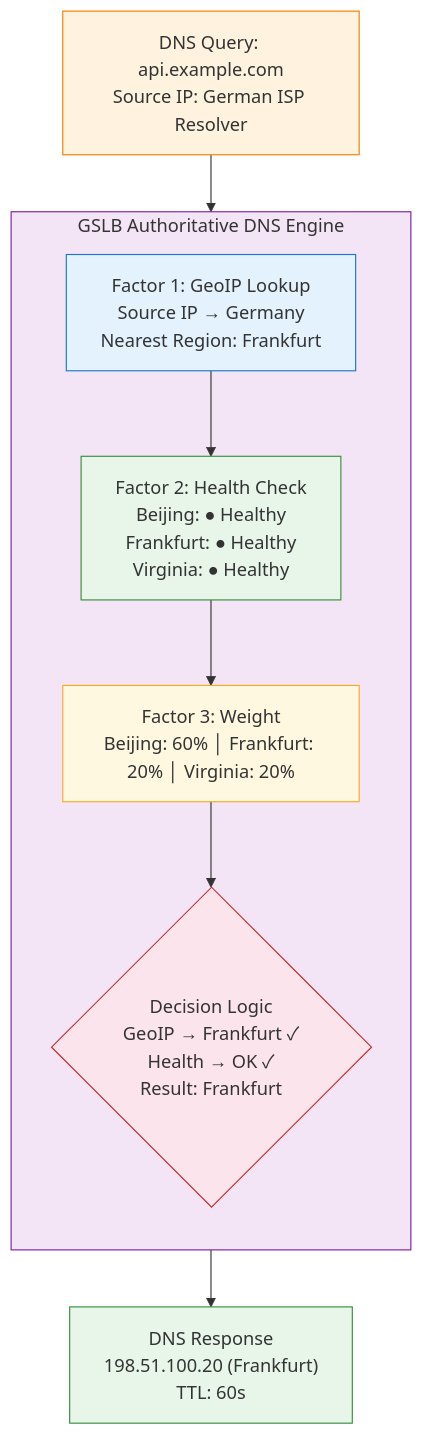
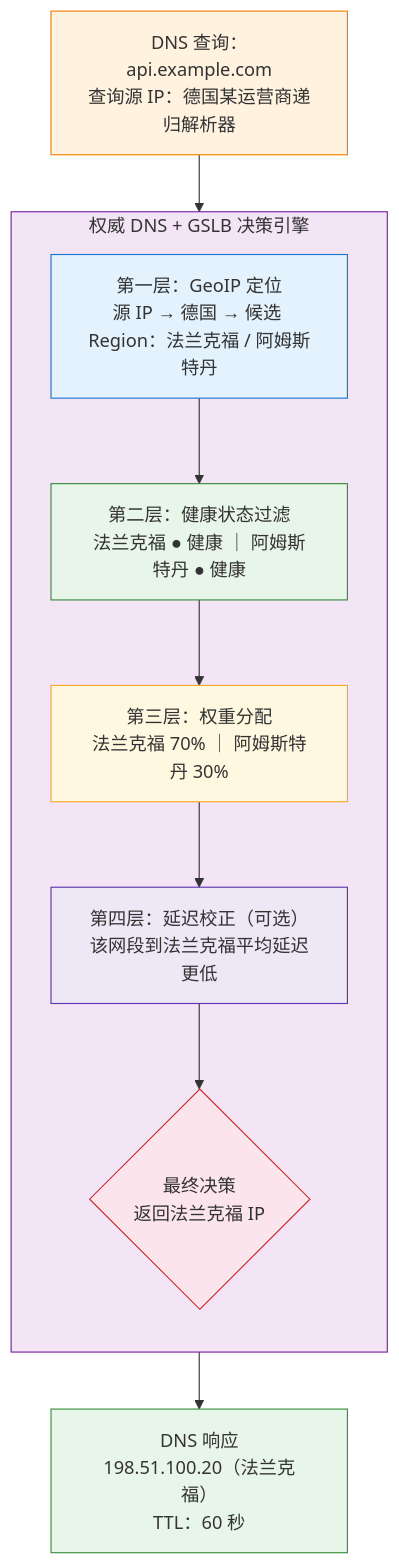
Before and after one commit to caozhiyi/network-book: the second of 3 diagrams in docs/23.全球用户如何找到最近的服务DNS与GSLB.md, drawn with Mermaid. The commit also changed other lines of this file and 36 other files, not shown here.

````diff
--- a/docs/23.全球用户如何找到最近的服务DNS与GSLB.md
+++ b/docs/23.全球用户如何找到最近的服务DNS与GSLB.md
@@ -103,29 +91,33 @@
 ```mermaid
 flowchart TD
-    QUERY["DNS Query: api.example.com<br/>Source IP: German ISP Resolver"]
+    QUERY["DNS 查询：api.example.com<br/>查询源 IP：德国某运营商递归解析器"]
     QUERY --> GSLB
 
-    subgraph GSLB["GSLB Authoritative DNS Engine"]
+    subgraph GSLB["权威 DNS + GSLB 决策引擎"]
         direction TB
-        GEO["Factor 1: GeoIP Lookup<br/>Source IP → Germany<br/>Nearest Region: Frankfurt"]
+        GEO["第一层：GeoIP 定位<br/>源 IP → 德国 → 候选 Region：法兰克福 / 阿姆斯特丹"]
         GEO --> HEALTH
 
-        HEALTH["Factor 2: Health Check<br/>Beijing: ● Healthy<br/>Frankfurt: ● Healthy<br/>Virginia: ● Healthy"]
+        HEALTH["第二层：健康状态过滤<br/>法兰克福 ● 健康 ｜ 阿姆斯特丹 ● 健康"]
         HEALTH --> WEIGHT
 
-        WEIGHT["Factor 3: Weight<br/>Beijing: 60% │ Frankfurt: 20% │ Virginia: 20%"]
-        WEIGHT --> DECISION
+        WEIGHT["第三层：权重分配<br/>法兰克福 70% ｜ 阿姆斯特丹 30%"]
+        WEIGHT --> LATENCY
 
-        DECISION{"Decision Logic<br/>GeoIP → Frankfurt ✓<br/>Health → OK ✓<br/>Result: Frankfurt"}
+        LATENCY["第四层：延迟校正（可选）<br/>该网段到法兰克福平均延迟更低"]
+        LATENCY --> DECISION
+
+        DECISION{"最终决策<br/>返回法兰克福 IP"}
     end
 
-    DECISION --> RESPONSE["DNS Response<br/>198.51.100.20 (Frankfurt)<br/>TTL: 60s"]
+    DECISION --> RESPONSE["DNS 响应<br/>198.51.100.20（法兰克福）<br/>TTL：60 秒"]
 
     style QUERY fill:#fff3e0,stroke:#f57c00
     style GSLB fill:#f3e5f5,stroke:#7b1fa2
     style GEO fill:#e3f2fd,stroke:#1976d2
     style HEALTH fill:#e8f5e9,stroke:#388e3c
     style WEIGHT fill:#fff8e1,stroke:#f9a825
+    style LATENCY fill:#ede7f6,stroke:#5e35b1
     style DECISION fill:#fce4ec,stroke:#c62828
     style RESPONSE fill:#e8f5e9,stroke:#388e3c
 ```
````
